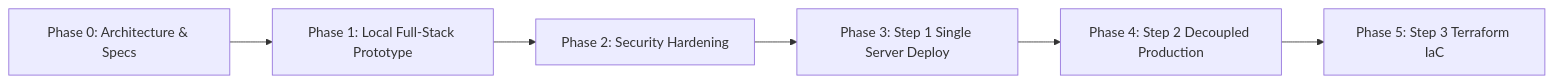
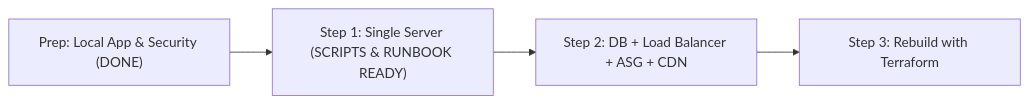
One commit to Leuizack77/Professional-Level-Cloud-Web-Application changed the diagram in docs/PHASES.md. Above: the diagram before and after it, drawn with Mermaid. The commit also changed other lines of this file and 14 other files, not shown here.

````diff
--- a/docs/PHASES.md
+++ b/docs/PHASES.md
@@ -14,8 +14,6 @@
 ```mermaid
 flowchart LR
-    P0["Phase 0: Architecture & Specs"] --> P1["Phase 1: Local Full-Stack Prototype"]
-    P1 --> P2["Phase 2: Security Hardening"]
-    P2 --> P3["Phase 3: Step 1 Single Server Deploy"]
-    P3 --> P4["Phase 4: Step 2 Decoupled Production"]
-    P4 --> P5["Phase 5: Step 3 Terraform IaC"]
+    P0["Prep: Local App & Security (DONE)"] --> S1["Step 1: Single Server (SCRIPTS & RUNBOOK READY)"]
+    S1 --> S2["Step 2: DB + Load Balancer + ASG + CDN"]
+    S2 --> S3["Step 3: Rebuild with Terraform"]
 ```
````
